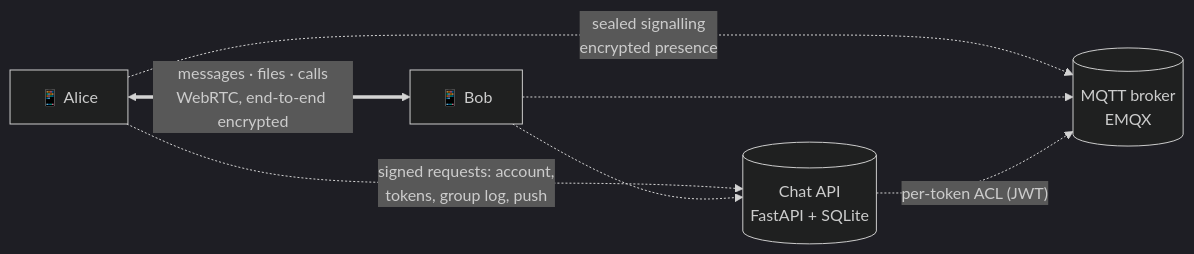
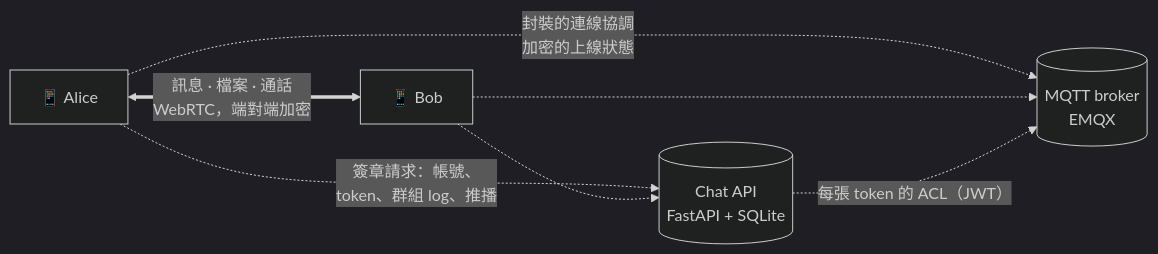
Before and after one commit to GrayWei444/AegisTalk-open: the diagram in README.md, drawn with Mermaid (dark theme). The commit also changed other lines of this file and 10 other files, not shown here.

````diff
--- a/README.md
+++ b/README.md
@@ -28,9 +33,9 @@
 ```mermaid
 flowchart LR
-    A["📱 Alice"] <== "messages · files · calls<br/>WebRTC, end-to-end encrypted" ==> B["📱 Bob"]
-    A -. "sealed signalling<br/>encrypted presence" .-> M[("MQTT broker<br/>EMQX")]
+    A["📱 Alice"] <== "訊息 · 檔案 · 通話<br/>WebRTC，端對端加密" ==> B["📱 Bob"]
+    A -. "封裝的連線協調<br/>加密的上線狀態" .-> M[("MQTT broker<br/>EMQX")]
     B -.-> M
-    A -. "signed requests: account,<br/>tokens, group log, push" .-> S[("Chat API<br/>FastAPI + SQLite")]
+    A -. "簽章請求：帳號、<br/>token、群組 log、推播" .-> S[("Chat API<br/>FastAPI + SQLite")]
     B -.-> S
-    S -. "per-token ACL (JWT)" .-> M
+    S -. "每張 token 的 ACL（JWT）" .-> M
 ```
````
